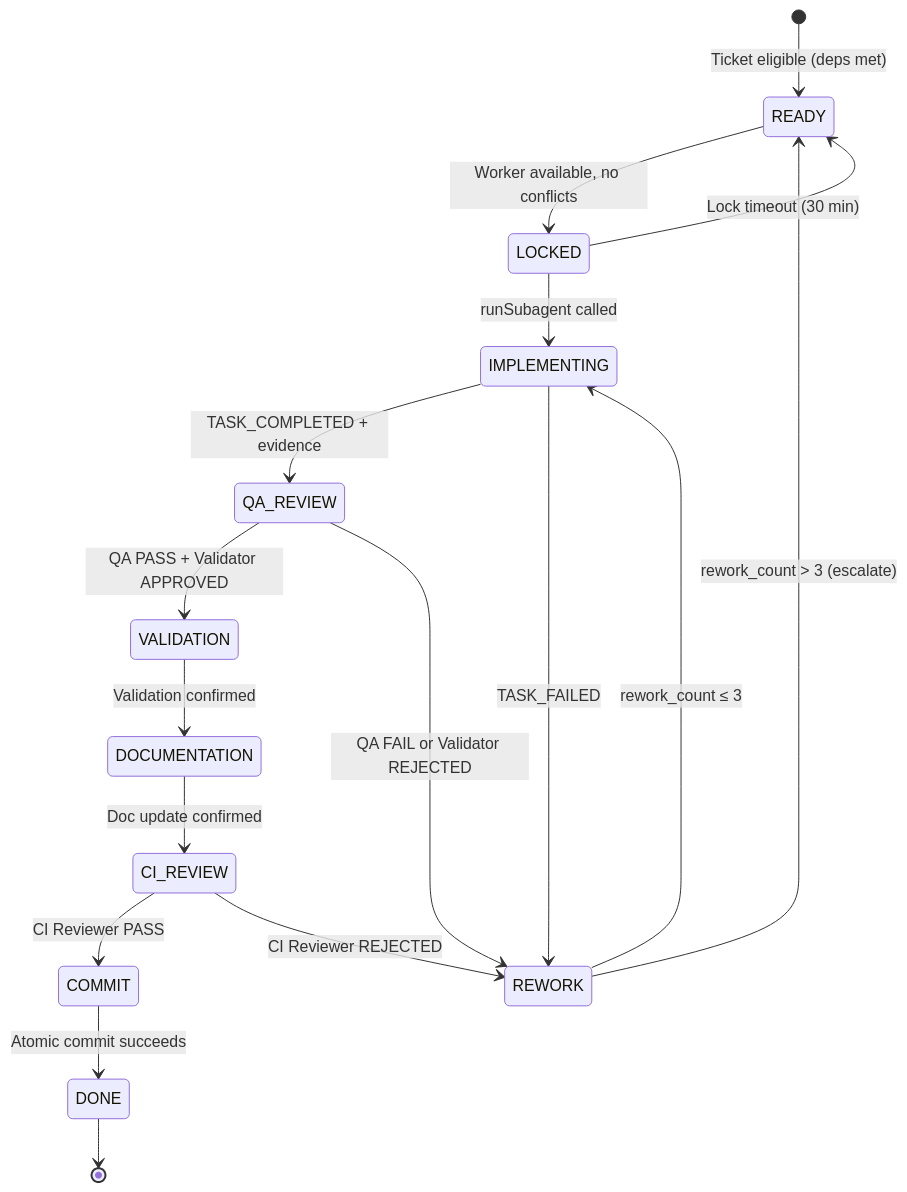
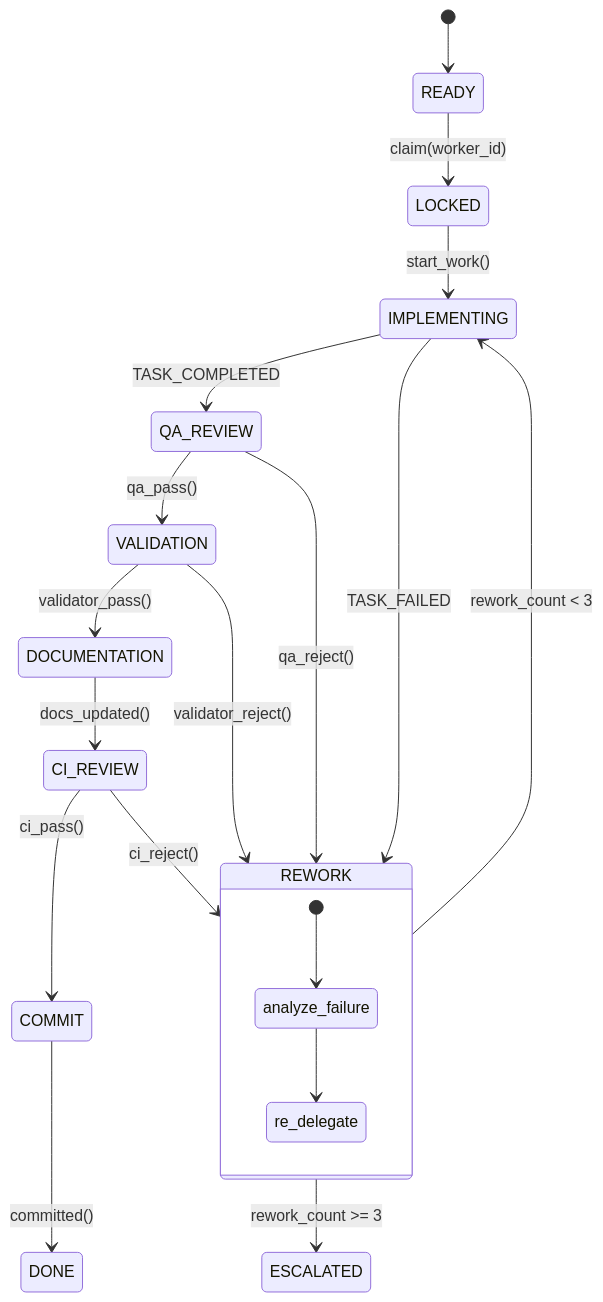
The diagram in .github/agents/ReaperOAK.agent.md (ReaperOAK/vibecoding), drawn with Mermaid before and after one commit. The commit also changed other lines of this file and 16 other files, not shown here.

````diff
--- a/.github/agents/ReaperOAK.agent.md
+++ b/.github/agents/ReaperOAK.agent.md
@@ -189,19 +91,23 @@
 ```mermaid
 stateDiagram-v2
-    [*] --> READY : Ticket eligible (deps met)
-    READY --> LOCKED : Worker available, no conflicts
-    LOCKED --> IMPLEMENTING : runSubagent called
-    LOCKED --> READY : Lock timeout (30 min)
-    IMPLEMENTING --> QA_REVIEW : TASK_COMPLETED + evidence
+    [*] --> READY
+    READY --> LOCKED : claim(worker_id)
+    LOCKED --> IMPLEMENTING : start_work()
+    IMPLEMENTING --> QA_REVIEW : TASK_COMPLETED
     IMPLEMENTING --> REWORK : TASK_FAILED
-    QA_REVIEW --> VALIDATION : QA PASS + Validator APPROVED
-    QA_REVIEW --> REWORK : QA FAIL or Validator REJECTED
-    VALIDATION --> DOCUMENTATION : Validation confirmed
-    DOCUMENTATION --> CI_REVIEW : Doc update confirmed
-    CI_REVIEW --> COMMIT : CI Reviewer PASS
-    CI_REVIEW --> REWORK : CI Reviewer REJECTED
-    COMMIT --> DONE : Atomic commit succeeds
-    REWORK --> IMPLEMENTING : rework_count ≤ 3
-    REWORK --> READY : rework_count > 3 (escalate)
-    DONE --> [*]
+    QA_REVIEW --> VALIDATION : qa_pass()
+    QA_REVIEW --> REWORK : qa_reject()
+    VALIDATION --> DOCUMENTATION : validator_pass()
+    VALIDATION --> REWORK : validator_reject()
+    DOCUMENTATION --> CI_REVIEW : docs_updated()
+    CI_REVIEW --> COMMIT : ci_pass()
+    CI_REVIEW --> REWORK : ci_reject()
+    COMMIT --> DONE : committed()
+    REWORK --> IMPLEMENTING : rework_count < 3
+    REWORK --> ESCALATED : rework_count >= 3
+
+    state REWORK {
+        [*] --> analyze_failure
+        analyze_failure --> re_delegate
+    }
 ```
````
